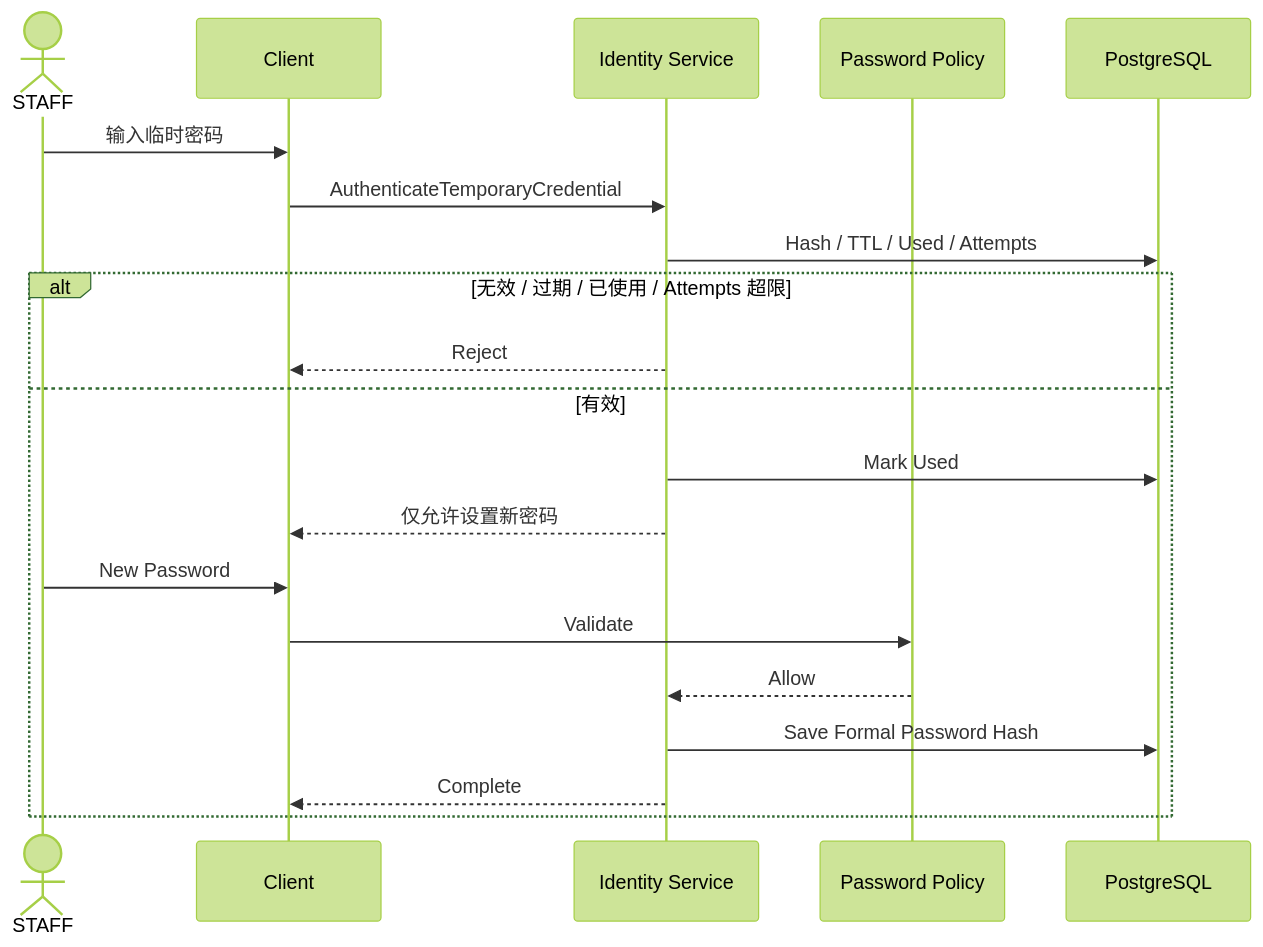
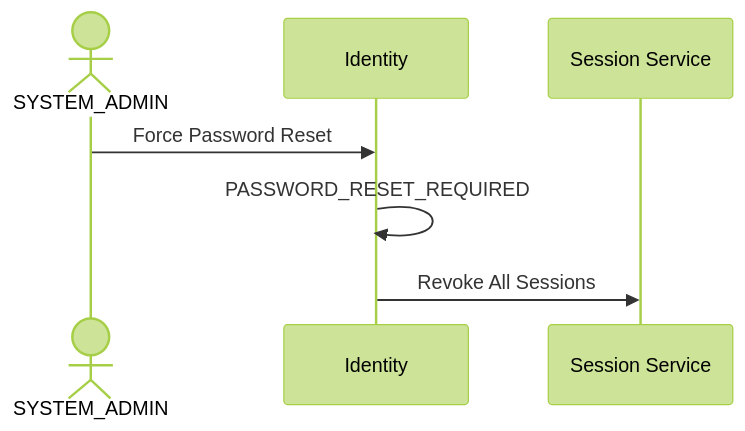
Before and after one commit to sxyq/mastergoods: the eighth of 10 diagrams in docs/system-design/01-账户与身份/04-密码与账号恢复.md, drawn with Mermaid (forest theme). The commit also changed other lines of this file and 12 other files, not shown here.

Commit message:
docs(system-design): sync detailed design and explain flows

````diff
--- a/docs/system-design/01-账户与身份/04-密码与账号恢复.md
+++ b/docs/system-design/01-账户与身份/04-密码与账号恢复.md
@@ -268,24 +320,10 @@
 ```mermaid
 sequenceDiagram
-    actor S as STAFF
-    participant C as Client
-    participant IAM as Identity Service
-    participant POLICY as Password Policy
-    participant DB as PostgreSQL
+    actor SA as SYSTEM_ADMIN
+    participant IAM as Identity
+    participant SESSION as Session Service
 
-    S->>C: 输入临时密码
-    C->>IAM: AuthenticateTemporaryCredential
-    IAM->>DB: Hash / TTL / Used / Attempts
-
-    alt 无效 / 过期 / 已使用 / Attempts 超限
-        IAM-->>C: Reject
-    else 有效
-        IAM->>DB: Mark Used
-        IAM-->>C: 仅允许设置新密码
-        S->>C: New Password
-        C->>POLICY: Validate
-        POLICY-->>IAM: Allow
-        IAM->>DB: Save Formal Password Hash
-        IAM-->>C: Complete
-    end
+    SA->>IAM: Force Password Reset
+    IAM->>IAM: PASSWORD_RESET_REQUIRED
+    IAM->>SESSION: Revoke All Sessions
 ```
````
